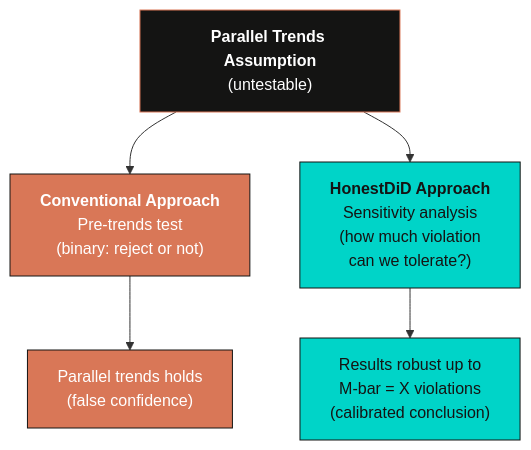
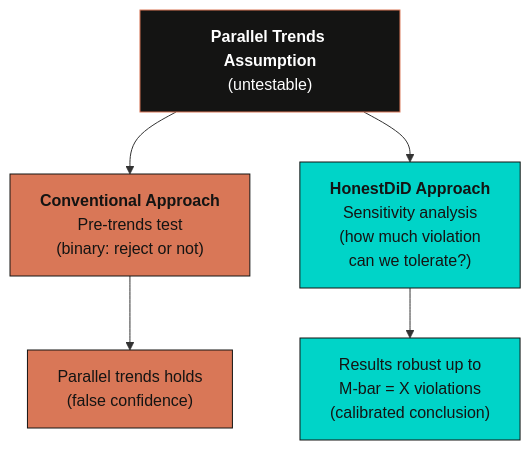
One commit to cmg777/starter-academic-v501 changed the fourth of 4 diagrams in content/post/stata_honestdid/index.md. Above: the diagram before and after it, drawn with Mermaid. The commit also changed other lines of this file and 67 other files, not shown here.

First line of the commit message:
fix(mermaid): readable diagram text in both themes across the site

````diff
--- a/content/post/stata_honestdid/index.md
+++ b/content/post/stata_honestdid/index.md
@@ -695,19 +695,19 @@
 ```mermaid
 graph TD
     PT["<b>Parallel Trends Assumption</b><br/>(untestable)"]
     CONV["<b>Conventional Approach</b><br/>Pre-trends test<br/>(binary: reject or not)"]
     HONEST["<b>HonestDiD Approach</b><br/>Sensitivity analysis<br/>(how much violation<br/>can we tolerate?)"]
     RESULT_C["Parallel trends holds<br/>(false confidence)"]
     RESULT_H["Results robust up to<br/>M-bar = X violations<br/>(calibrated conclusion)"]
 
     PT --> CONV
     PT --> HONEST
     CONV --> RESULT_C
     HONEST --> RESULT_H
 
     style PT fill:#141413,stroke:#d97757,color:#fff
-    style CONV fill:#d97757,stroke:#141413,color:#fff
+    style CONV fill:#d97757,stroke:#141413,color:#141413
     style HONEST fill:#00d4c8,stroke:#141413,color:#141413
-    style RESULT_C fill:#d97757,stroke:#141413,color:#fff
+    style RESULT_C fill:#d97757,stroke:#141413,color:#141413
     style RESULT_H fill:#00d4c8,stroke:#141413,color:#141413
 ```
````
